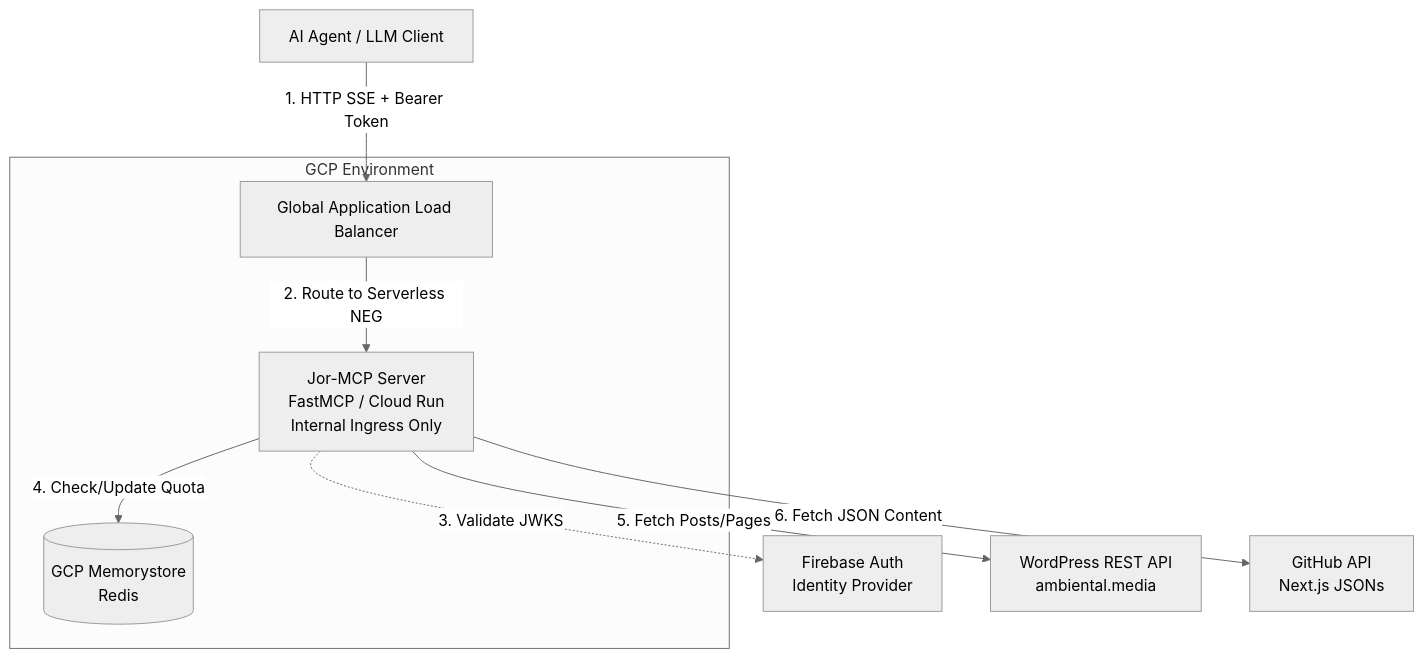
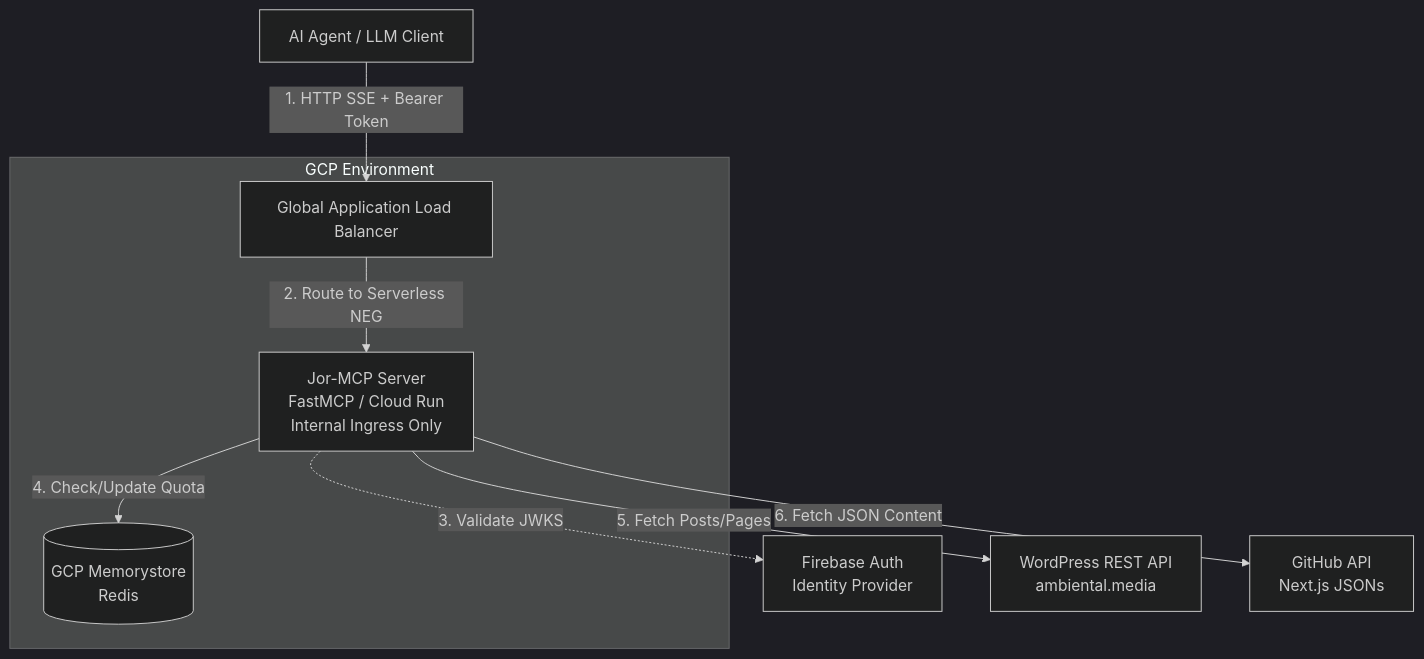
Before and after one commit to ambiental-media/jor-mcp: the first of 2 diagrams in docs/1-technical/architecture.md, drawn with Mermaid. The commit also changed other lines of this file, not shown here.

Commit message:
change diagram theme

````diff
--- a/docs/1-technical/architecture.md
+++ b/docs/1-technical/architecture.md
@@ -9,31 +9,31 @@
 ```mermaid
-%%{init: {'theme': 'neutral'}}%%
+%%{init: {'theme': 'dark'}}%%
 graph TD
     %% External Actors
     Client[AI Agent / LLM Client]
     
     %% Core System
     subgraph GCP Environment
         LB[Global Application Load Balancer]
         JorMCP[Jor-MCP Server \n FastMCP / Cloud Run \n Internal Ingress Only]
         Redis[(GCP Memorystore \n Redis)]
     end
     
     %% External Services
     FirebaseAuth[Firebase Auth \n Identity Provider]
     WP[WordPress REST API \n ambiental.media]
     GH[GitHub API \n Next.js JSONs]
 
     %% Relationships
     Client -- "1. HTTP SSE + Bearer Token" --> LB
     LB -- "2. Route to Serverless NEG" --> JorMCP
     JorMCP -. "3. Validate JWKS" .-> FirebaseAuth
     JorMCP -- "4. Check/Update Quota" --> Redis
     JorMCP -- "5. Fetch Posts/Pages" --> WP
     JorMCP -- "6. Fetch JSON Content" --> GH
     
     class Client,FirebaseAuth,WP,GH external;
     class JorMCP internal;
     class LB gateway;
     class Redis db;
 ```
````
